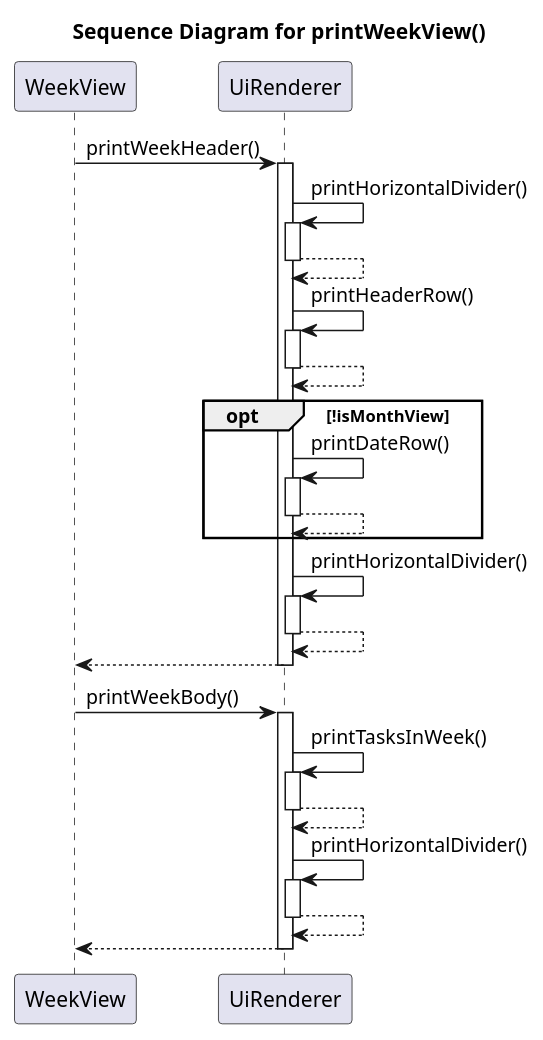
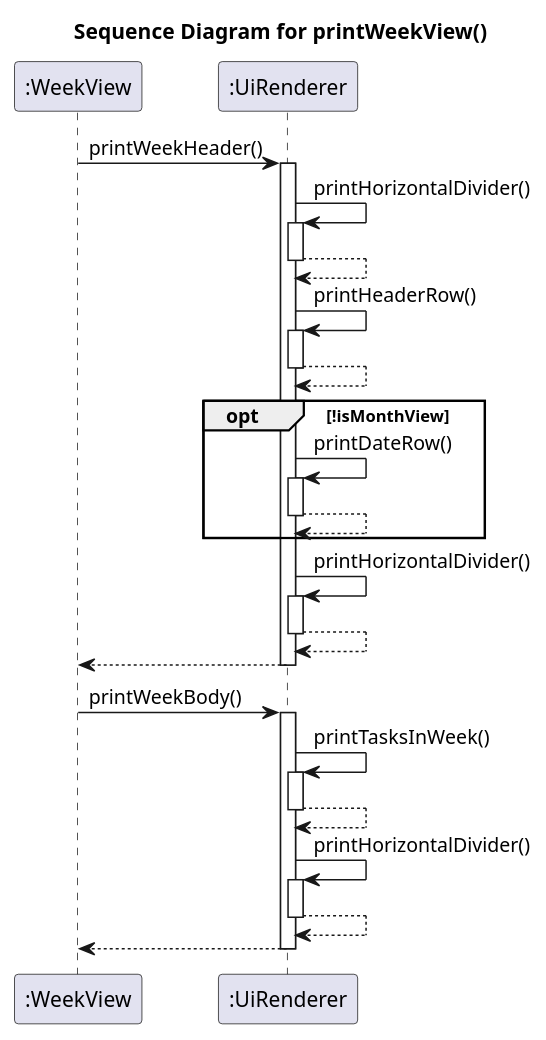
Before and after one commit to clarencepohh/tp: the diagram in docs/diagrams/sequence/PrintWeekViewSequenceDiagram.puml, drawn with PlantUML.

Commit message:
Rename variables for sequence diagram

```diff
--- a/docs/diagrams/sequence/PrintWeekViewSequenceDiagram.puml
+++ b/docs/diagrams/sequence/PrintWeekViewSequenceDiagram.puml
@@ -1,55 +1,55 @@
 @startuml
 
-participant WeekView as WV
-participant UiRenderer as UR
+participant ":WeekView" as WeekView
+participant ":UiRenderer" as UiRenderer
 
 title Sequence Diagram for printWeekView()
 
 ' Printing of Week Header
-WV -> UR: printWeekHeader()
+WeekView -> UiRenderer: printWeekHeader()
 
-activate UR
-UR -> UR: printHorizontalDivider()
-activate UR
-UR --> UR
-deactivate UR
+activate UiRenderer
+UiRenderer -> UiRenderer: printHorizontalDivider()
+activate UiRenderer
+UiRenderer --> UiRenderer
+deactivate UiRenderer
 
-UR -> UR: printHeaderRow()
-activate UR
-UR --> UR
-deactivate UR
+UiRenderer -> UiRenderer: printHeaderRow()
+activate UiRenderer
+UiRenderer --> UiRenderer
+deactivate UiRenderer
 
 opt !isMonthView
-    UR -> UR: printDateRow()
-    activate UR
-    UR --> UR
-    deactivate UR
+    UiRenderer -> UiRenderer: printDateRow()
+    activate UiRenderer
+    UiRenderer --> UiRenderer
+    deactivate UiRenderer
 end
 
-UR -> UR: printHorizontalDivider()
-activate UR
-UR --> UR
-deactivate UR
+UiRenderer -> UiRenderer: printHorizontalDivider()
+activate UiRenderer
+UiRenderer --> UiRenderer
+deactivate UiRenderer
 
-UR --> WV
-deactivate UR
+UiRenderer --> WeekView
+deactivate UiRenderer
 
 
 ' Printing of Week Body
-WV -> UR: printWeekBody()
-activate UR
+WeekView -> UiRenderer: printWeekBody()
+activate UiRenderer
 
-UR -> UR: printTasksInWeek()
-activate UR
-UR --> UR
-deactivate UR
+UiRenderer -> UiRenderer: printTasksInWeek()
+activate UiRenderer
+UiRenderer --> UiRenderer
+deactivate UiRenderer
 
-UR -> UR: printHorizontalDivider()
-activate UR
-UR --> UR
-deactivate UR
+UiRenderer -> UiRenderer: printHorizontalDivider()
+activate UiRenderer
+UiRenderer --> UiRenderer
+deactivate UiRenderer
 
-UR --> WV
-deactivate UR
+UiRenderer --> WeekView
+deactivate UiRenderer
 
 @enduml
```
